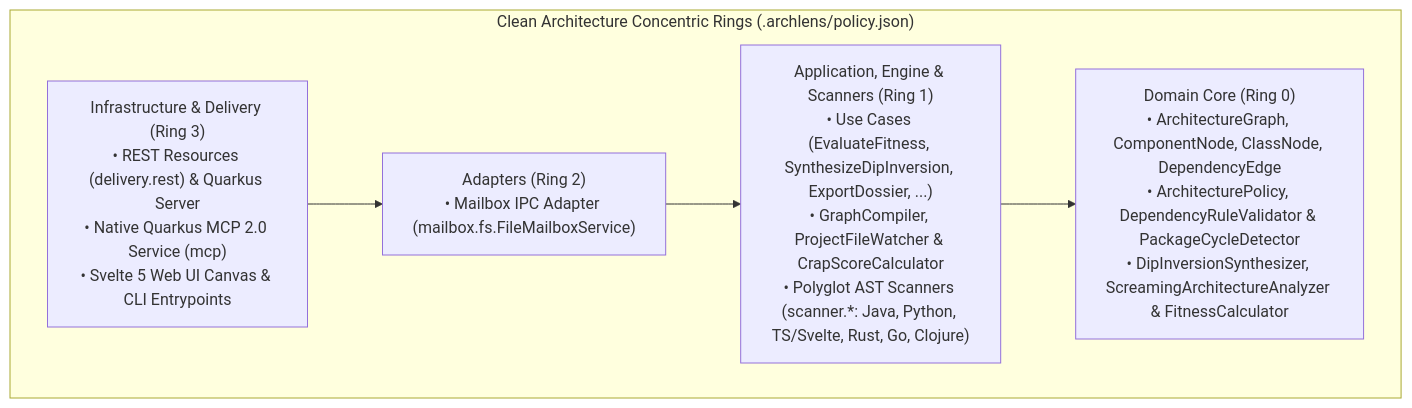
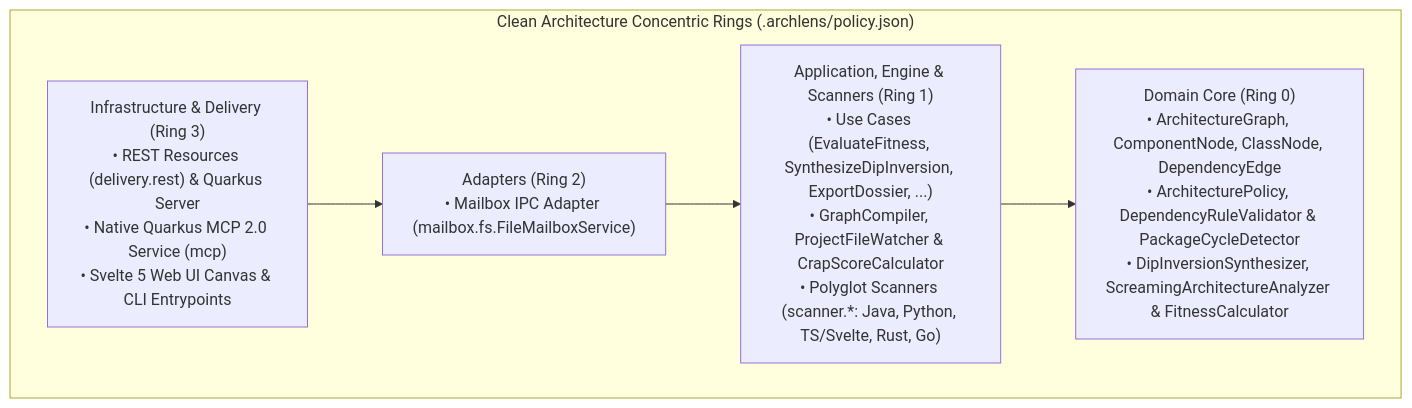
One commit to fmatar/archlens changed the diagram in docs/guide/DEVELOPER_GUIDE.md. Above: the diagram before and after it, drawn with Mermaid. The commit also changed other lines of this file and 132 other files, not shown here.

````diff
--- a/docs/guide/DEVELOPER_GUIDE.md
+++ b/docs/guide/DEVELOPER_GUIDE.md
@@ -14,13 +13,13 @@
 ```mermaid
 flowchart TD
     subgraph Rings ["Clean Architecture Concentric Rings (.archlens/policy.json)"]
         L3["Infrastructure & Delivery (Ring 3)<br/>• REST Resources (delivery.rest) & Quarkus Server<br/>• Native Quarkus MCP 2.0 Service (mcp)<br/>• Svelte 5 Web UI Canvas & CLI Entrypoints"]
         L2["Adapters (Ring 2)<br/>• Mailbox IPC Adapter (mailbox.fs.FileMailboxService)"]
-        L1["Application, Engine & Scanners (Ring 1)<br/>• Use Cases (EvaluateFitness, SynthesizeDipInversion, ExportDossier, ...)<br/>• GraphCompiler, ProjectFileWatcher & CrapScoreCalculator<br/>• Polyglot AST Scanners (scanner.*: Java, Python, TS/Svelte, Rust, Go, Clojure)"]
+        L1["Application, Engine & Scanners (Ring 1)<br/>• Use Cases (EvaluateFitness, SynthesizeDipInversion, ExportDossier, ...)<br/>• GraphCompiler, ProjectFileWatcher & CrapScoreCalculator<br/>• Polyglot Scanners (scanner.*: Java, Python, TS/Svelte, Rust, Go)"]
         L0["Domain Core (Ring 0)<br/>• ArchitectureGraph, ComponentNode, ClassNode, DependencyEdge<br/>• ArchitecturePolicy, DependencyRuleValidator & PackageCycleDetector<br/>• DipInversionSynthesizer, ScreamingArchitectureAnalyzer & FitnessCalculator"]
         
         L3 --> L2
         L2 --> L1
         L1 --> L0
     end
 ```
````
